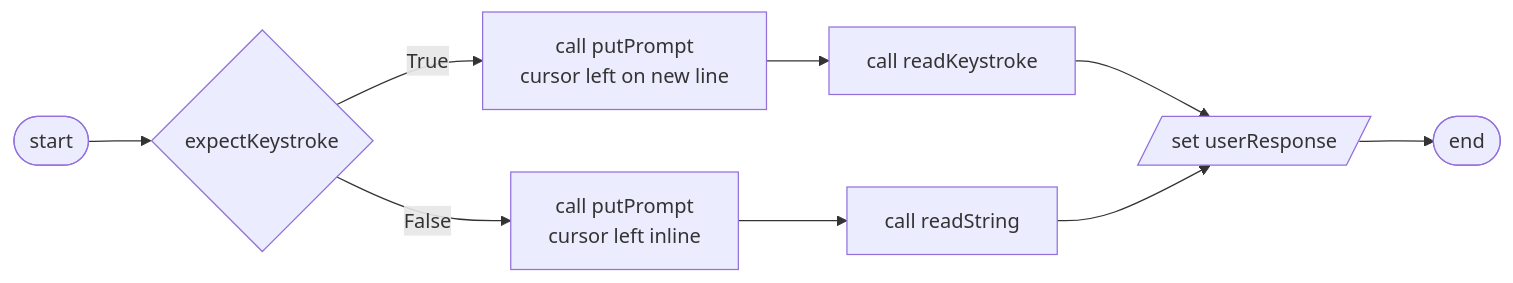
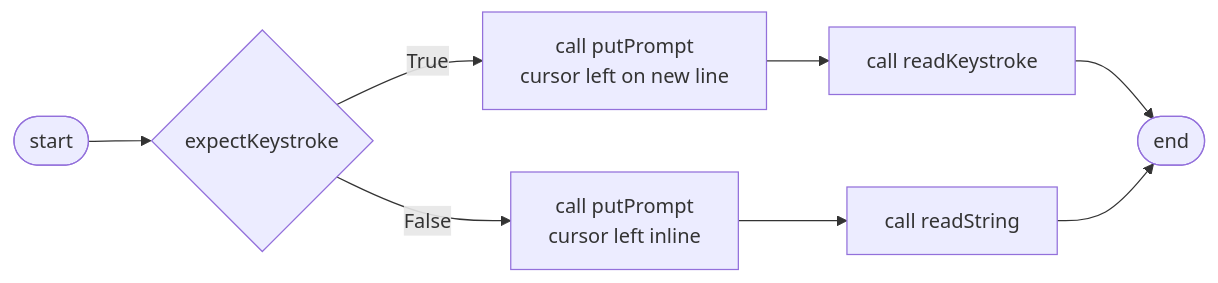
One commit to 7s4e/p3 changed the fifth of 13 diagrams in scripts/console/design.md. Above: the diagram before and after it, drawn with Mermaid. The commit also changed other lines of this file and 2 other files, not shown here.

````diff
--- a/scripts/console/design.md
+++ b/scripts/console/design.md
@@ -146,19 +146,17 @@
 ```mermaid
 flowchart LR
     STR([start])
         STR --> KEY
     KEY{expectKeystroke}
         KEY -- True --> CALLF
         KEY -- False --> CALLT
     CALLF[call putPrompt <br> cursor left on new line]
         CALLF --> READK
     CALLT[call putPrompt <br> cursor left inline]
         CALLT --> READS
     READK[call readKeystroke]
-        READK --> SET
+        READK --> END
     READS[call readString]
-        READS --> SET
-    SET[/set userResponse/]
-        SET --> END
+        READS --> END
     END([end])
 ```
````
